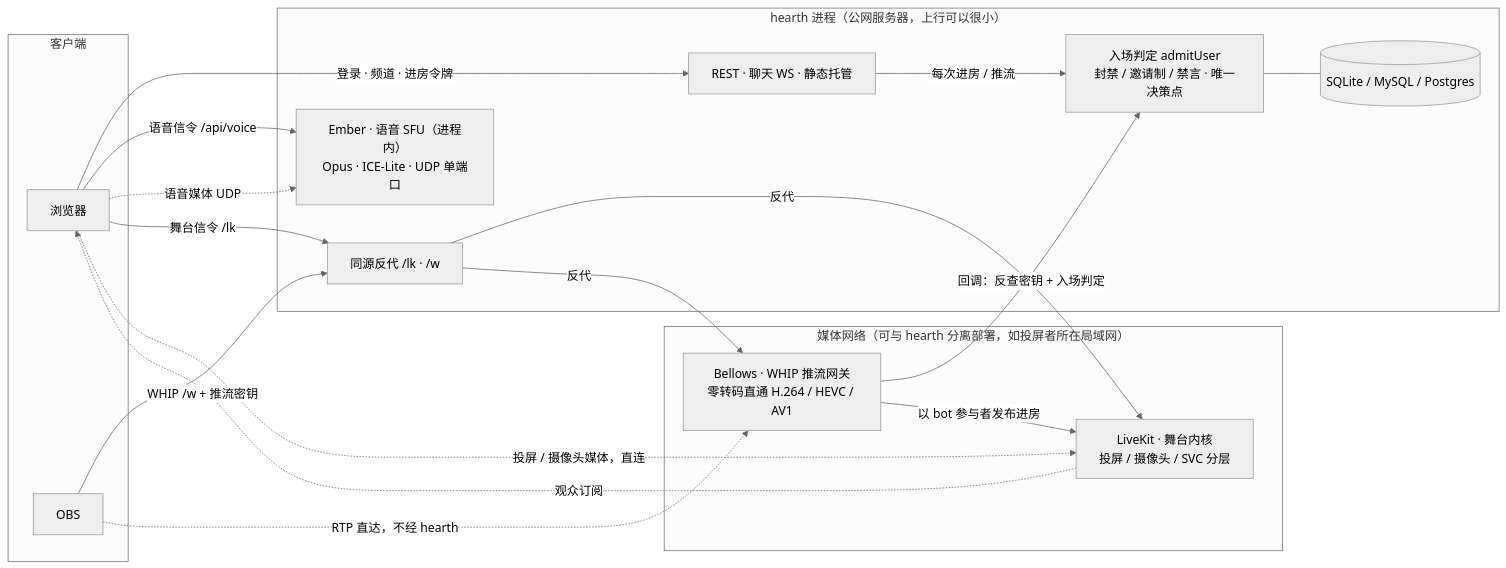
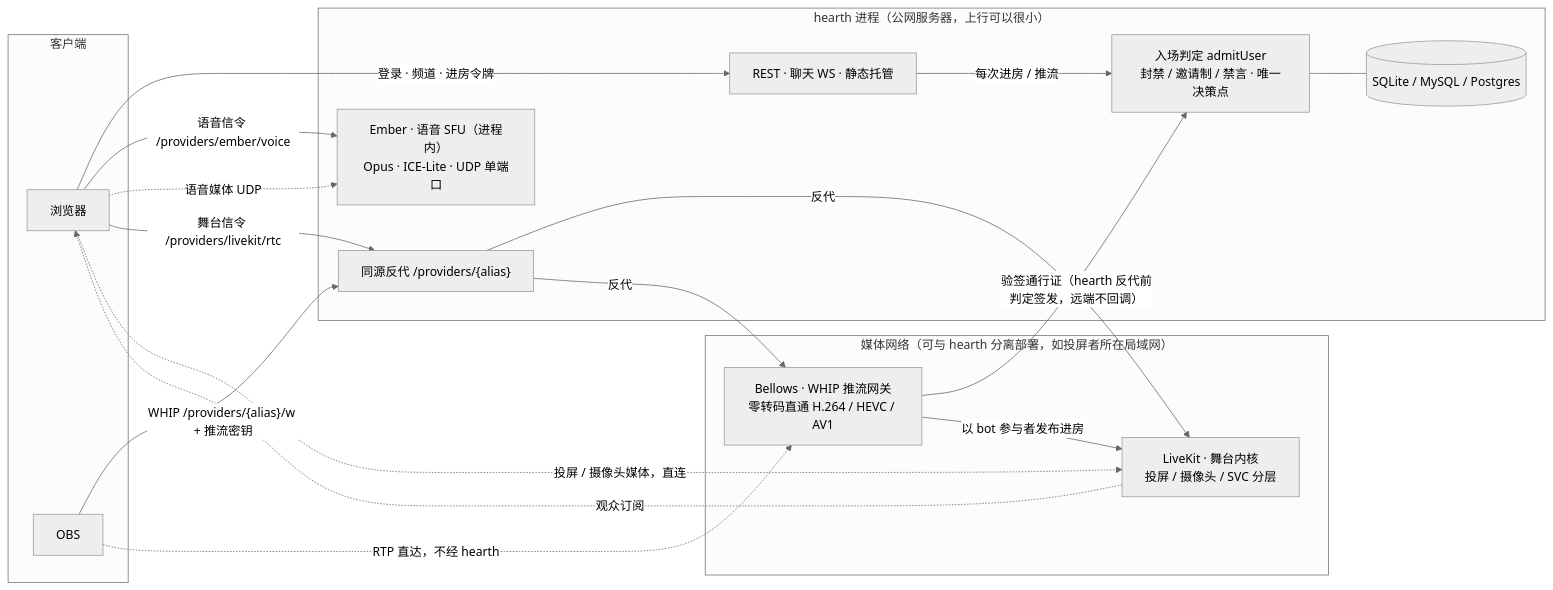
Before and after one commit to xiaoshao9704/hearth: the diagram in README.md, drawn with Mermaid (neutral theme). The commit also changed other lines of this file and 36 other files, not shown here.

````diff
--- a/README.md
+++ b/README.md
@@ -25,38 +25,38 @@
 ```mermaid
 flowchart LR
   subgraph clients["客户端"]
     B["浏览器"]
     O["OBS"]
   end
 
   subgraph hearth["hearth 进程（公网服务器，上行可以很小）"]
     API["REST · 聊天 WS · 静态托管"]
     ADM["入场判定 admitUser<br/>封禁 / 邀请制 / 禁言 · 唯一决策点"]
     DB[("SQLite / MySQL / Postgres")]
     EMB["Ember · 语音 SFU（进程内）<br/>Opus · ICE-Lite · UDP 单端口"]
-    PRX["同源反代 /lk · /w"]
+    PRX["同源反代 /providers/{alias}"]
   end
 
   subgraph media["媒体网络（可与 hearth 分离部署，如投屏者所在局域网）"]
     LK["LiveKit · 舞台内核<br/>投屏 / 摄像头 / SVC 分层"]
     BEL["Bellows · WHIP 推流网关<br/>零转码直通 H.264 / HEVC / AV1"]
   end
 
   B -- "登录 · 频道 · 进房令牌" --> API
   API -- "每次进房 / 推流" --> ADM
   ADM --- DB
 
-  B -- "语音信令 /api/voice" --> EMB
+  B -- "语音信令 /providers/ember/voice" --> EMB
   B -. "语音媒体 UDP" .-> EMB
 
-  B -- "舞台信令 /lk" --> PRX
+  B -- "舞台信令 /providers/livekit/rtc" --> PRX
   PRX -- "反代" --> LK
   B -. "投屏 / 摄像头媒体，直连" .-> LK
   LK -. "观众订阅" .-> B
 
-  O -- "WHIP /w + 推流密钥" --> PRX
+  O -- "WHIP /providers/{alias}/w + 推流密钥" --> PRX
   PRX -- "反代" --> BEL
   O -. "RTP 直达，不经 hearth" .-> BEL
-  BEL -- "回调：反查密钥 + 入场判定" --> ADM
+  BEL -- "验签通行证（hearth 反代前判定签发，远端不回调）" --> ADM
   BEL -- "以 bot 参与者发布进房" --> LK
 ```
````
